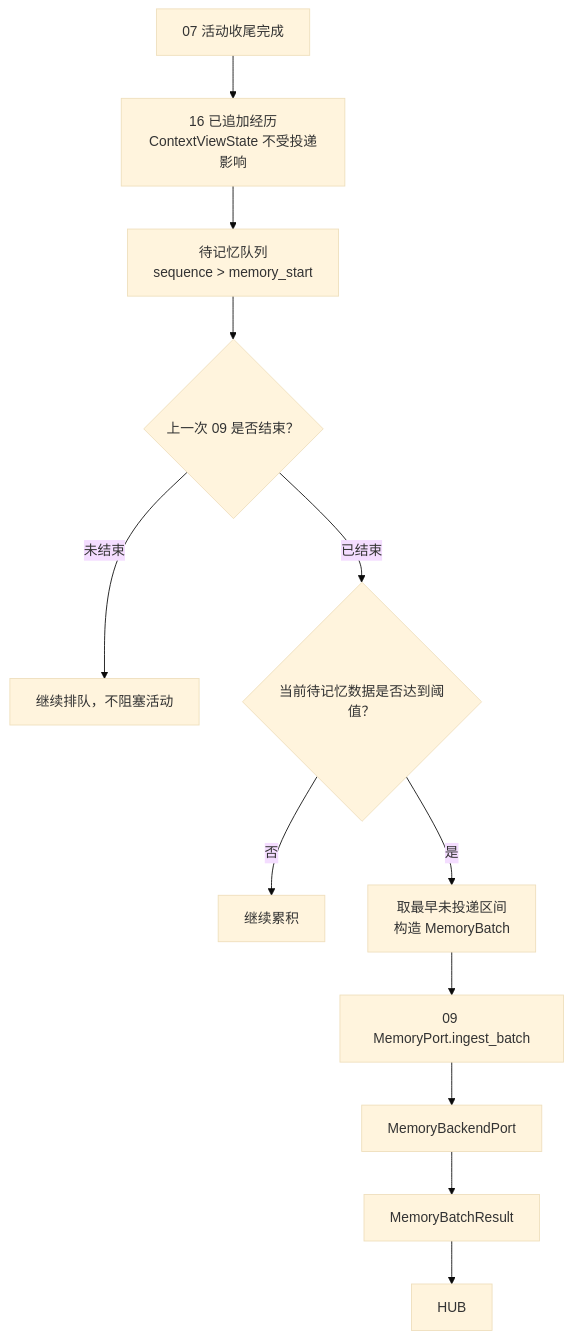
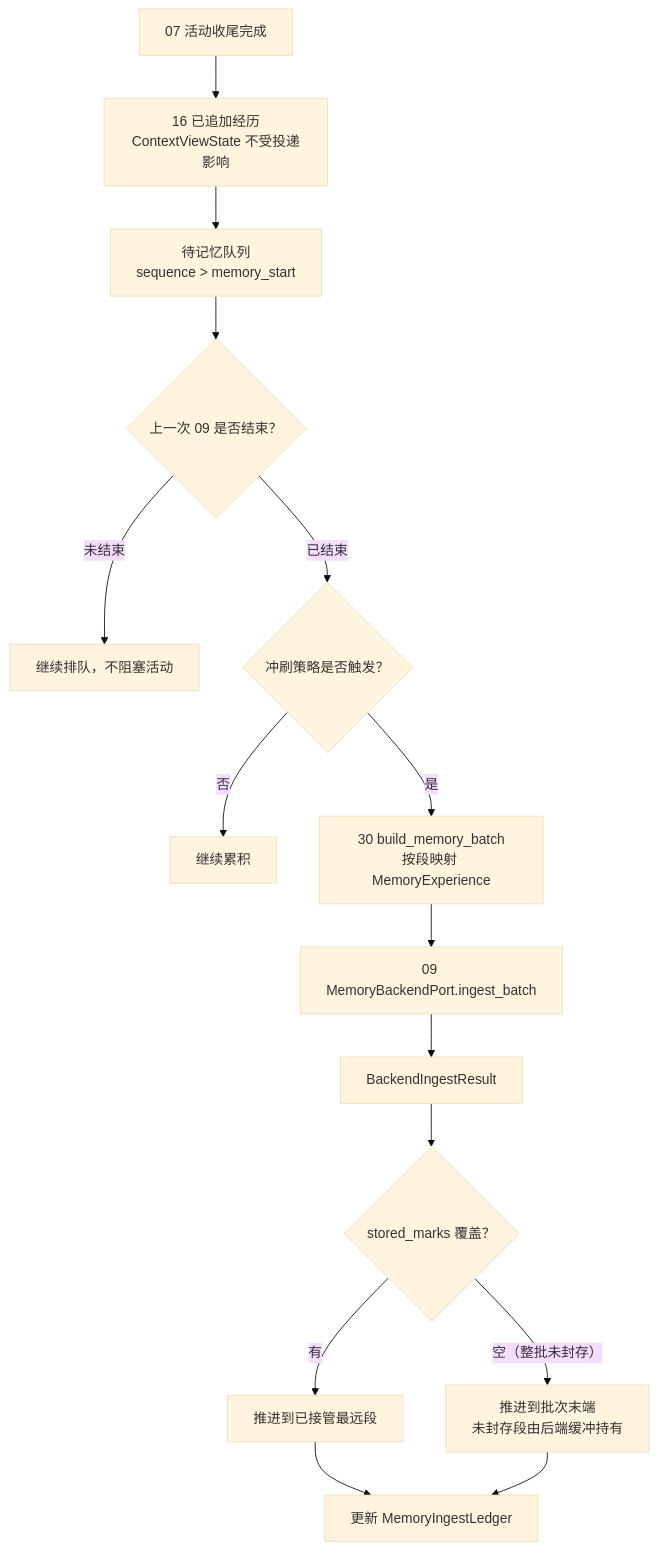
One commit to Llllsuhdjhhd/JShi changed the diagram in doc/design/30-记忆数据管控.md. Above: the diagram before and after it, drawn with Mermaid (base theme). The commit also changed other lines of this file and 45 other files, not shown here.

````diff
--- a/doc/design/30-记忆数据管控.md
+++ b/doc/design/30-记忆数据管控.md
@@ -62,14 +67,17 @@
 ```mermaid
 flowchart TB
     CLOSE["07 活动收尾完成"] --> APPEND["16 已追加经历<br/>ContextViewState 不受投递影响"]
     APPEND --> QUEUE["待记忆队列<br/>sequence > memory_start"]
     QUEUE --> P{"上一次 09 是否结束？"}
     P -- "未结束" --> WAIT["继续排队，不阻塞活动"]
-    P -- "已结束" --> SIZE{"当前待记忆数据是否达到阈值？"}
+    P -- "已结束" --> SIZE{"冲刷策略是否触发？"}
     SIZE -- "否" --> KEEP["继续累积"]
-    SIZE -- "是" --> BATCH["取最早未投递区间<br/>构造 MemoryBatch"]
-    BATCH --> M09["09 MemoryPort.ingest_batch"]
-    M09 --> BACKEND["MemoryBackendPort"]
-    BACKEND --> RESULT["MemoryBatchResult"]
-    RESULT --> HUB
+    SIZE -- "是" --> BATCH["30 build_memory_batch<br/>按段映射 MemoryExperience"]
+    BATCH --> M09["09 MemoryBackendPort.ingest_batch"]
+    M09 --> RESULT["BackendIngestResult"]
+    RESULT --> MARKS{"stored_marks 覆盖？"}
+    MARKS -- "有" --> ADV["推进到已接管最远段"]
+    MARKS -- "空（整批未封存）" --> ADV2["推进到批次末端<br/>未封存段由后端缓冲持有"]
+    ADV --> LEDGER["更新 MemoryIngestLedger"]
+    ADV2 --> LEDGER
 ```
````
